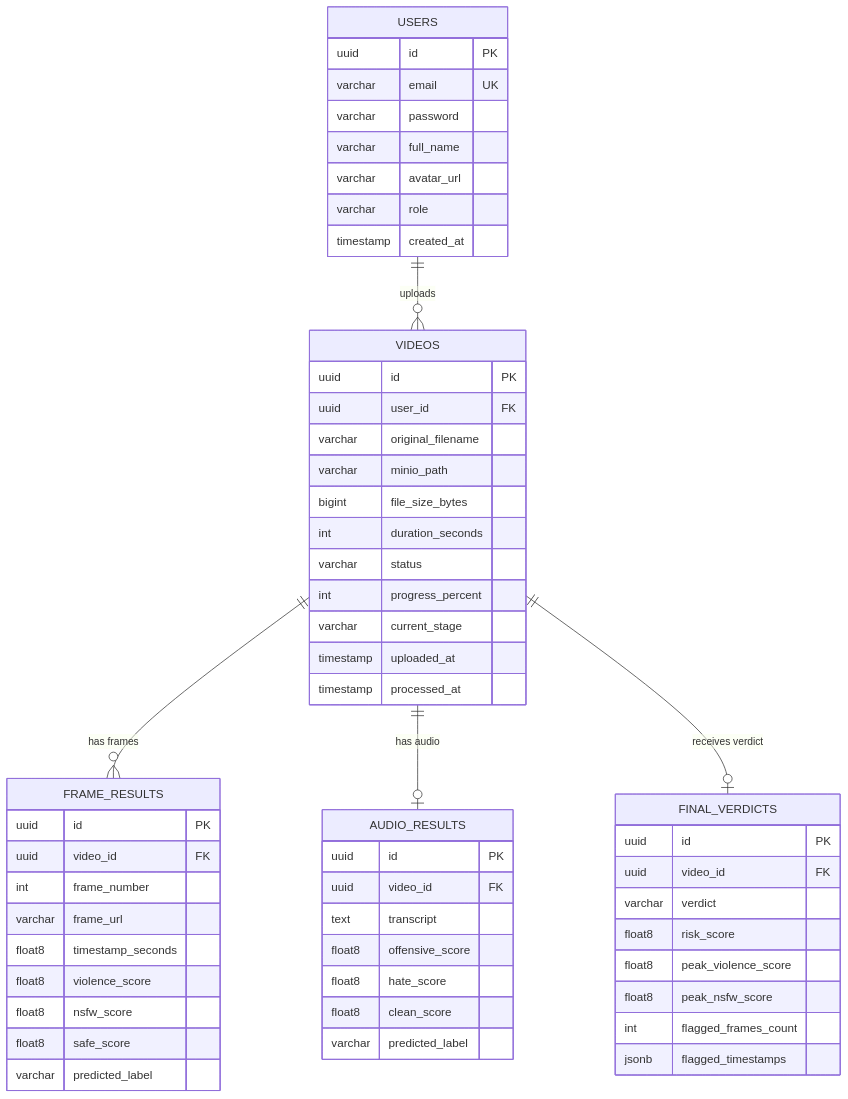
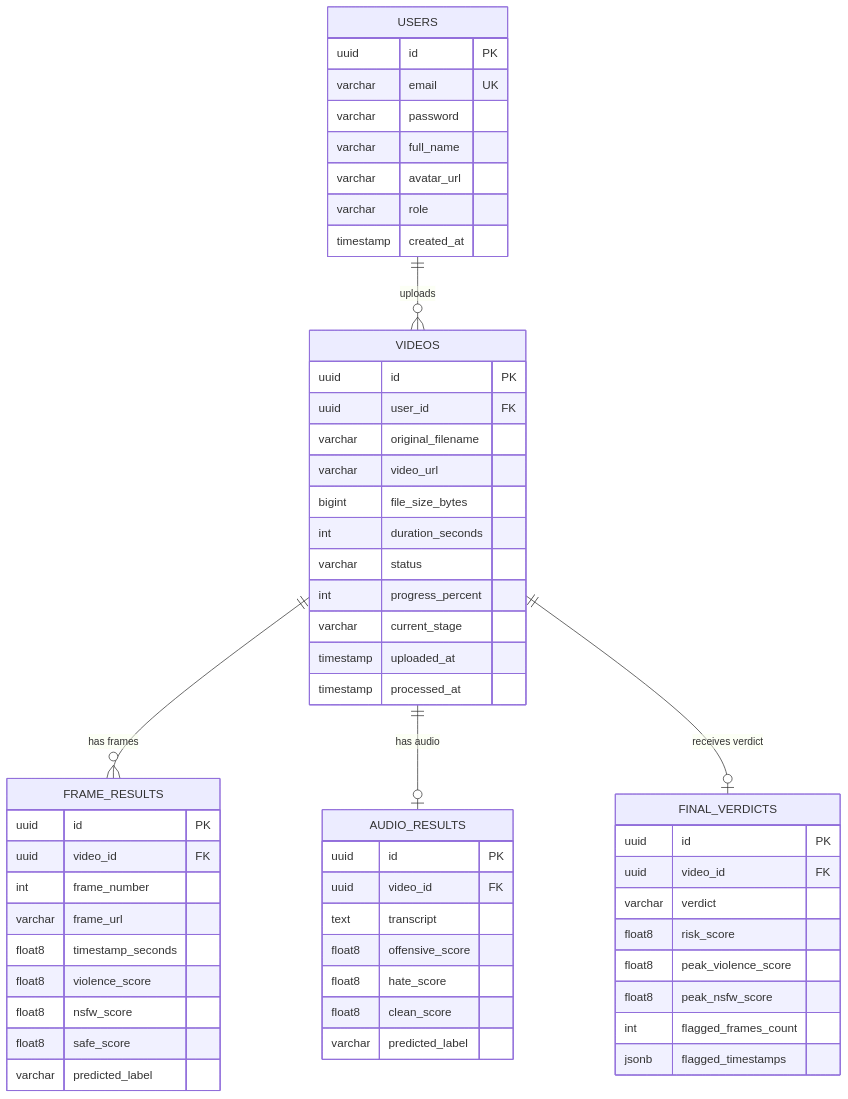
One commit to pnhatthanh/vidio-guard-be changed the fourth of 6 diagrams in system.md. Above: the diagram before and after it, drawn with Mermaid. The commit also changed other lines of this file and 34 other files, not shown here.

````diff
--- a/system.md
+++ b/system.md
@@ -168,64 +168,64 @@
 ```mermaid
 erDiagram
     USERS {
         uuid id PK
         varchar email UK
         varchar password
         varchar full_name
         varchar avatar_url
         varchar role
         timestamp created_at
     }
 
     VIDEOS {
         uuid id PK
         uuid user_id FK
         varchar original_filename
-        varchar minio_path
+        varchar video_url
         bigint file_size_bytes
         int duration_seconds
         varchar status
         int progress_percent
         varchar current_stage
         timestamp uploaded_at
         timestamp processed_at
     }
 
     FRAME_RESULTS {
         uuid id PK
         uuid video_id FK
         int frame_number
         varchar frame_url
         float8 timestamp_seconds
         float8 violence_score
         float8 nsfw_score
         float8 safe_score
         varchar predicted_label
     }
 
     AUDIO_RESULTS {
         uuid id PK
         uuid video_id FK
         text transcript
         float8 offensive_score
         float8 hate_score
         float8 clean_score
         varchar predicted_label
     }
 
     FINAL_VERDICTS {
         uuid id PK
         uuid video_id FK
         varchar verdict
         float8 risk_score
         float8 peak_violence_score
         float8 peak_nsfw_score
         int flagged_frames_count
         jsonb flagged_timestamps
     }
 
     USERS ||--o{ VIDEOS : "uploads"
     VIDEOS ||--o{ FRAME_RESULTS : "has frames"
     VIDEOS ||--o| AUDIO_RESULTS : "has audio"
     VIDEOS ||--o| FINAL_VERDICTS : "receives verdict"
 ```
````
